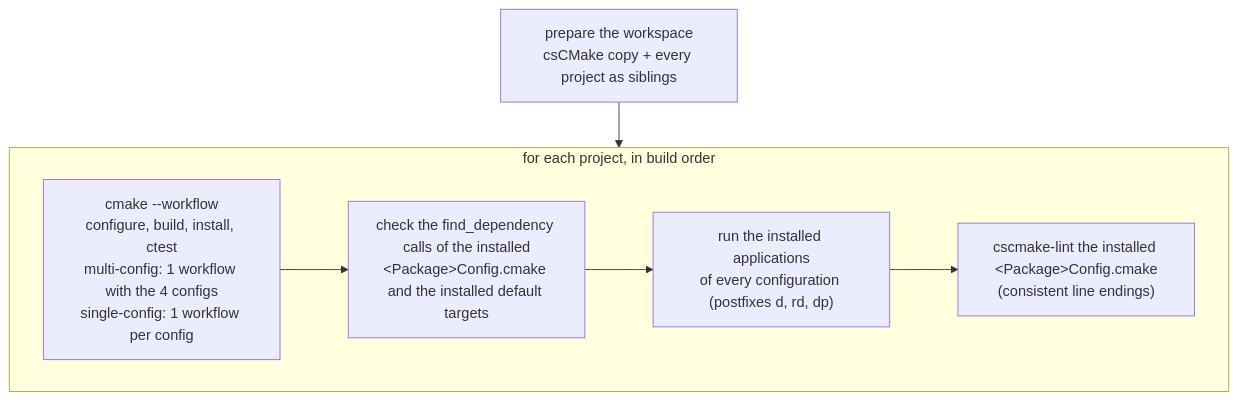
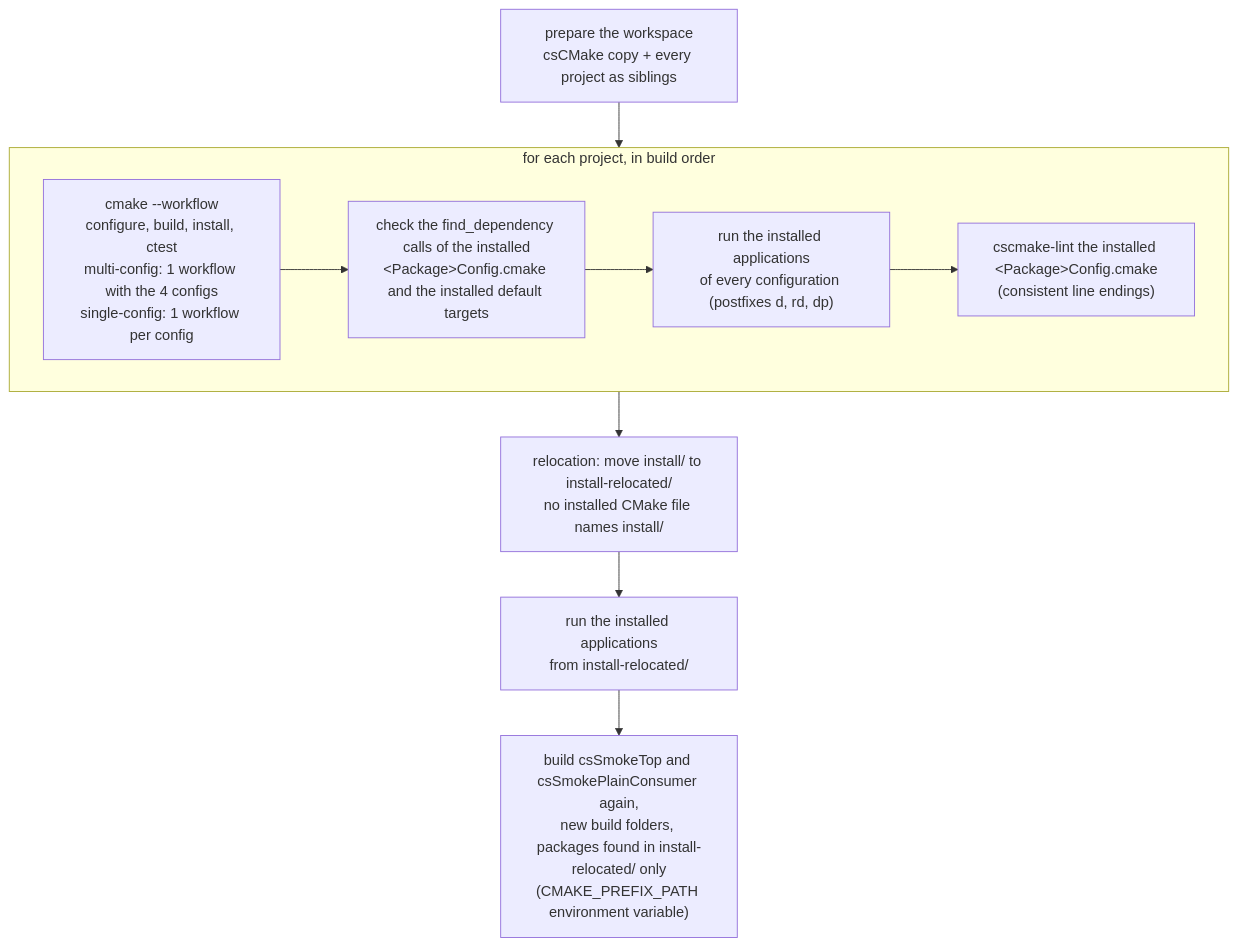
The third of 3 diagrams in docs/advanced/smoke-tests.md (cscosine/csCMake), drawn with Mermaid before and after one commit. The commit also changed other lines of this file and 3 other files, not shown here.

First line of the commit message:
Smoke: relocation of the install folder

````diff
--- a/docs/advanced/smoke-tests.md
+++ b/docs/advanced/smoke-tests.md
@@ -97,11 +97,14 @@
 ```mermaid
 flowchart TD
     ws["prepare the workspace<br/>csCMake copy + every project as siblings"] --> loop
     subgraph loop["for each project, in build order"]
         wf["cmake --workflow<br/>configure, build, install, ctest<br/>multi-config: 1 workflow with the 4 configs<br/>single-config: 1 workflow per config"]
         deps["check the find_dependency calls of the installed<br/>&lt;Package&gt;Config.cmake and the installed default targets"]
         apps["run the installed applications<br/>of every configuration (postfixes d, rd, dp)"]
         lint["cscmake-lint the installed &lt;Package&gt;Config.cmake<br/>(consistent line endings)"]
         wf --> deps --> apps --> lint
     end
+    loop --> move["relocation: move install/ to install-relocated/<br/>no installed CMake file names install/"]
+    move --> moved["run the installed applications<br/>from install-relocated/"]
+    moved --> rebuild["build csSmokeTop and csSmokePlainConsumer again,<br/>new build folders, packages found in install-relocated/ only<br/>(CMAKE_PREFIX_PATH environment variable)"]
 ```
````
